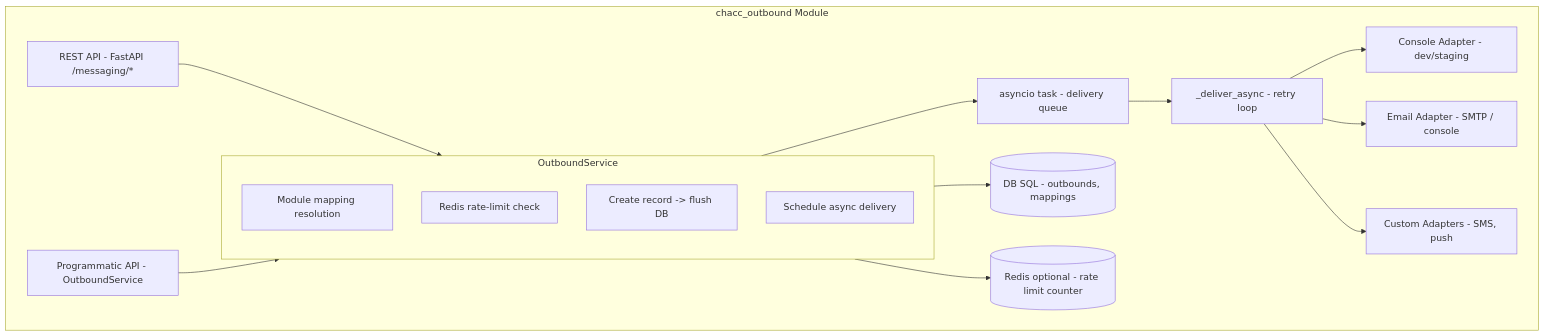
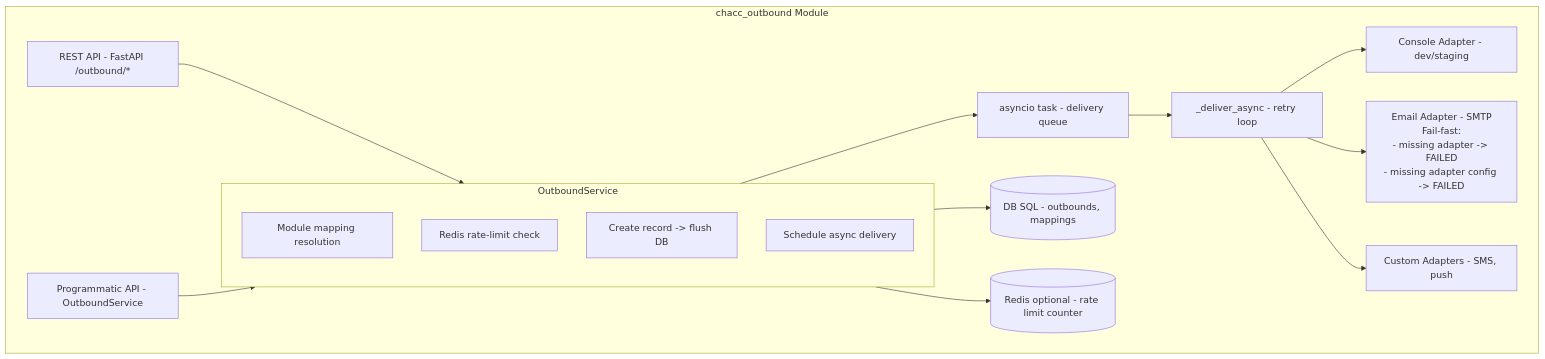
One commit to TNet-Tech/chacc_outbound changed the first of 5 diagrams in README.md. Above: the diagram before and after it, drawn with Mermaid. The commit also changed other lines of this file and 5 other files, not shown here.

````diff
--- a/README.md
+++ b/README.md
@@ -243,33 +259,36 @@
 ```mermaid
 flowchart TD
     subgraph chacc_outbound[chacc_outbound Module]
-        REST[REST API - FastAPI /messaging/*]
+        REST[REST API - FastAPI /outbound/*]
         PROG[Programmatic API - OutboundService]
         
         subgraph Service[OutboundService]
             T1[Module mapping resolution]
             T2[Redis rate-limit check]
             T3[Create record -> flush DB]
             T4[Schedule async delivery]
         end
         
         DB[(DB SQL - outbounds, mappings)]
         REDIS[(Redis optional - rate limit counter)]
         TASK[asyncio task - delivery queue]
         DELIVER[_deliver_async - retry loop]
         
         CONSOLE[Console Adapter - dev/staging]
-        EMAIL[Email Adapter - SMTP / console]
+        EMAIL[Email Adapter - SMTP
+Fail-fast:
+- missing adapter -> FAILED
+- missing adapter config -> FAILED]
         CUSTOM[Custom Adapters - SMS, push]
     end
     
     REST --> Service
     PROG --> Service
     Service --> DB
     Service --> REDIS
     Service --> TASK
     TASK --> DELIVER
     DELIVER --> CONSOLE
     DELIVER --> EMAIL
     DELIVER --> CUSTOM
 ```
````
